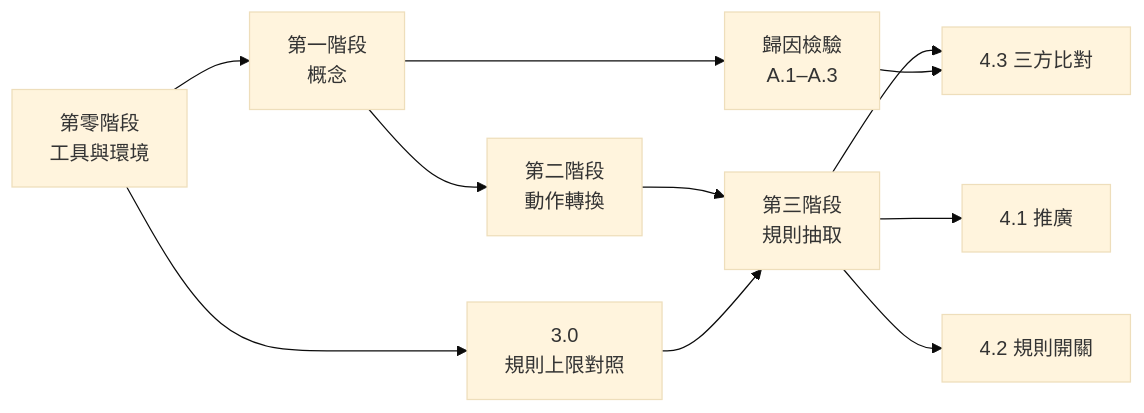
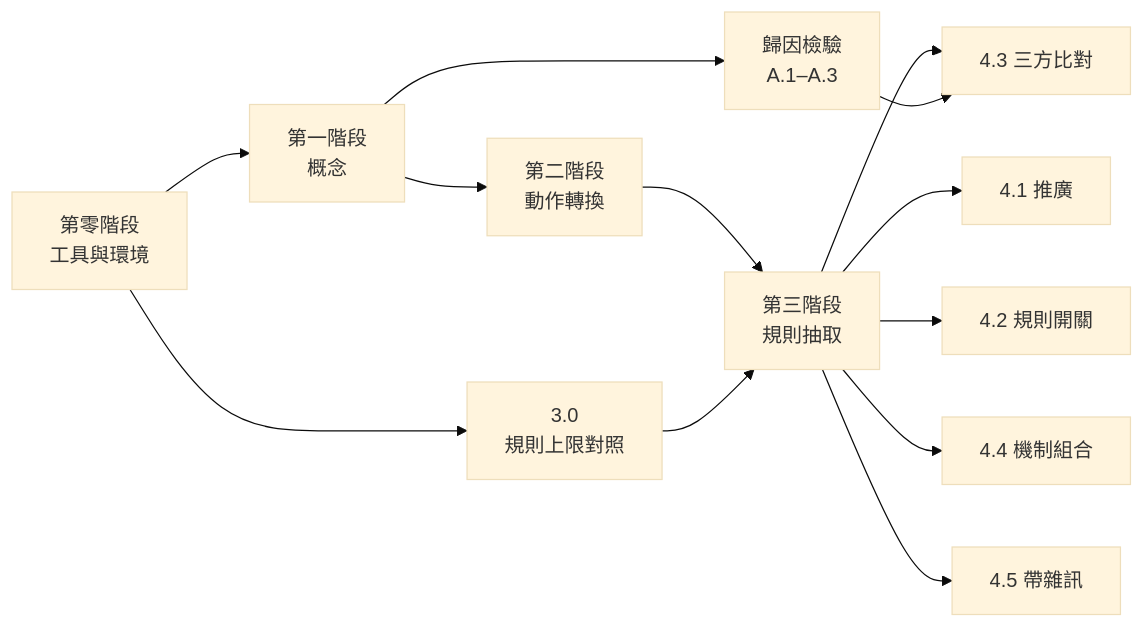
Before and after one commit to kevinju0827/concept-rule-attribution: the diagram in docs/design/evaluation.md, drawn with Mermaid (base theme). The commit also changed other lines of this file and 14 other files, not shown here.

````diff
--- a/docs/design/evaluation.md
+++ b/docs/design/evaluation.md
@@ -17,13 +17,15 @@
 ```mermaid
 flowchart LR
     S0["第零階段<br>工具與環境"] --> S1["第一階段<br>概念"]
     S0 --> U["3.0<br>規則上限對照"]
     S1 --> A["歸因檢驗<br>A.1–A.3"]
     S1 --> S2["第二階段<br>動作轉換"]
     S2 --> S3["第三階段<br>規則抽取"]
     U --> S3
     S3 --> G["4.1 推廣"]
     S3 --> W["4.2 規則開關"]
     S3 --> T["4.3 三方比對"]
     A --> T
+    S3 --> C["4.4 機制組合"]
+    S3 --> N["4.5 帶雜訊"]
 ```
````
